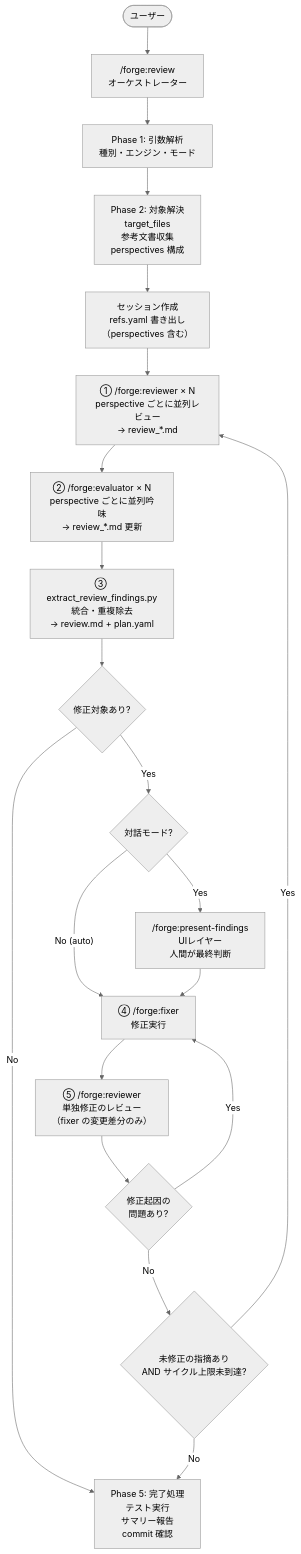
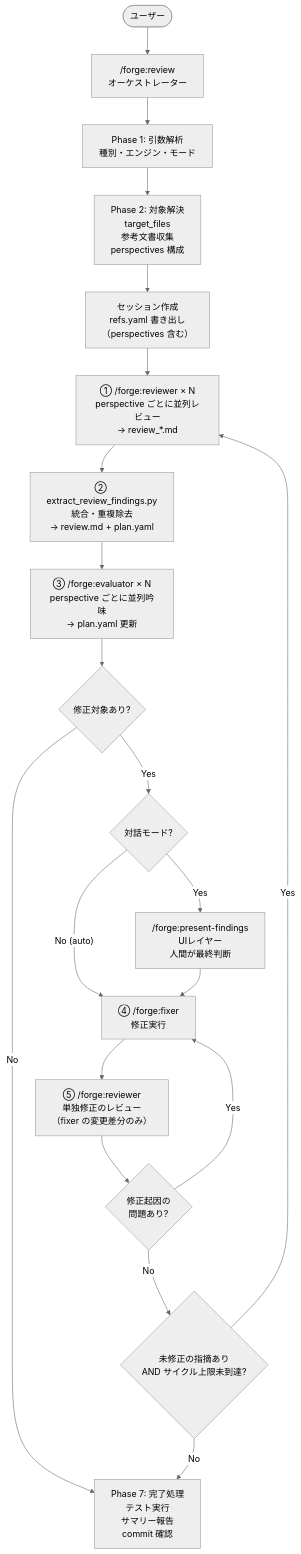
The first of 2 diagrams in docs/specs/forge/design/review_workflow_design.md (BlueEventHorizon/bw-cc-plugins), drawn with Mermaid (neutral theme) before and after one commit. The commit also changed other lines of this file and 20 other files, not shown here.

First line of the commit message:
fix: code review findings — evaluator output contract, stale references, error handling

````diff
--- a/docs/specs/forge/design/review_workflow_design.md
+++ b/docs/specs/forge/design/review_workflow_design.md
@@ -44,38 +44,38 @@
 ```mermaid
 flowchart TD
     User([ユーザー]) --> ORCHESTRATOR
 
     ORCHESTRATOR["/forge:review<br>オーケストレーター"] --> PARSE
 
     PARSE["Phase 1: 引数解析<br>種別・エンジン・モード"] --> RESOLVE
 
     RESOLVE["Phase 2: 対象解決<br>target_files<br>参考文書収集<br>perspectives 構成"] --> SESSION
 
     SESSION["セッション作成<br>refs.yaml 書き出し<br>（perspectives 含む）"] --> REVIEWERS
 
-    REVIEWERS["① /forge:reviewer × N<br>perspective ごとに並列レビュー<br>→ review_*.md"] --> EVALUATORS
+    REVIEWERS["① /forge:reviewer × N<br>perspective ごとに並列レビュー<br>→ review_*.md"] --> EXTRACT
 
-    EVALUATORS["② /forge:evaluator × N<br>perspective ごとに並列吟味<br>→ review_*.md 更新"] --> EXTRACT
+    EXTRACT["② extract_review_findings.py<br>統合・重複除去<br>→ review.md + plan.yaml"] --> EVALUATORS
 
-    EXTRACT["③ extract_review_findings.py<br>統合・重複除去<br>→ review.md + plan.yaml"] --> FIX_CHECK
+    EVALUATORS["③ /forge:evaluator × N<br>perspective ごとに並列吟味<br>→ plan.yaml 更新"] --> FIX_CHECK
 
     FIX_CHECK{修正対象あり?} -->|"No"| COMPLETE
     FIX_CHECK -->|"Yes"| MODE_CHECK
 
     MODE_CHECK{対話モード?} -->|"Yes"| PRESENT
     MODE_CHECK -->|"No (auto)"| FIXER
 
     PRESENT["/forge:present-findings<br>UIレイヤー<br>人間が最終判断"] --> FIXER
 
     FIXER["④ /forge:fixer<br>修正実行"] --> RE_REVIEW
 
     RE_REVIEW["⑤ /forge:reviewer<br>単独修正のレビュー<br>（fixer の変更差分のみ）"] --> FIX_ISSUE_CHECK
 
     FIX_ISSUE_CHECK{修正起因の<br>問題あり?} -->|"Yes"| FIXER
     FIX_ISSUE_CHECK -->|"No"| CYCLE_CHECK
 
     CYCLE_CHECK{未修正の指摘あり<br>AND サイクル上限未到達?} -->|"Yes"| REVIEWERS
     CYCLE_CHECK -->|"No"| COMPLETE
 
-    COMPLETE["Phase 5: 完了処理<br>テスト実行<br>サマリー報告<br>commit 確認"]
+    COMPLETE["Phase 7: 完了処理<br>テスト実行<br>サマリー報告<br>commit 確認"]
 ```
````
